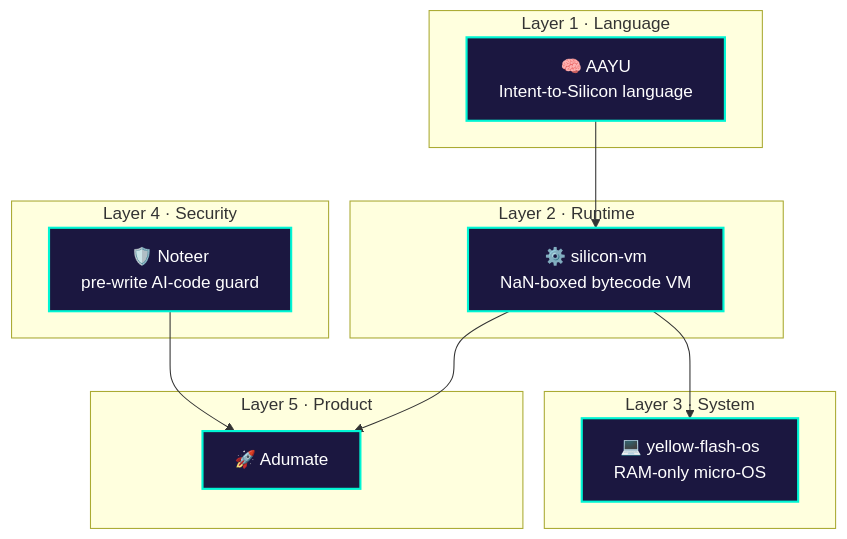
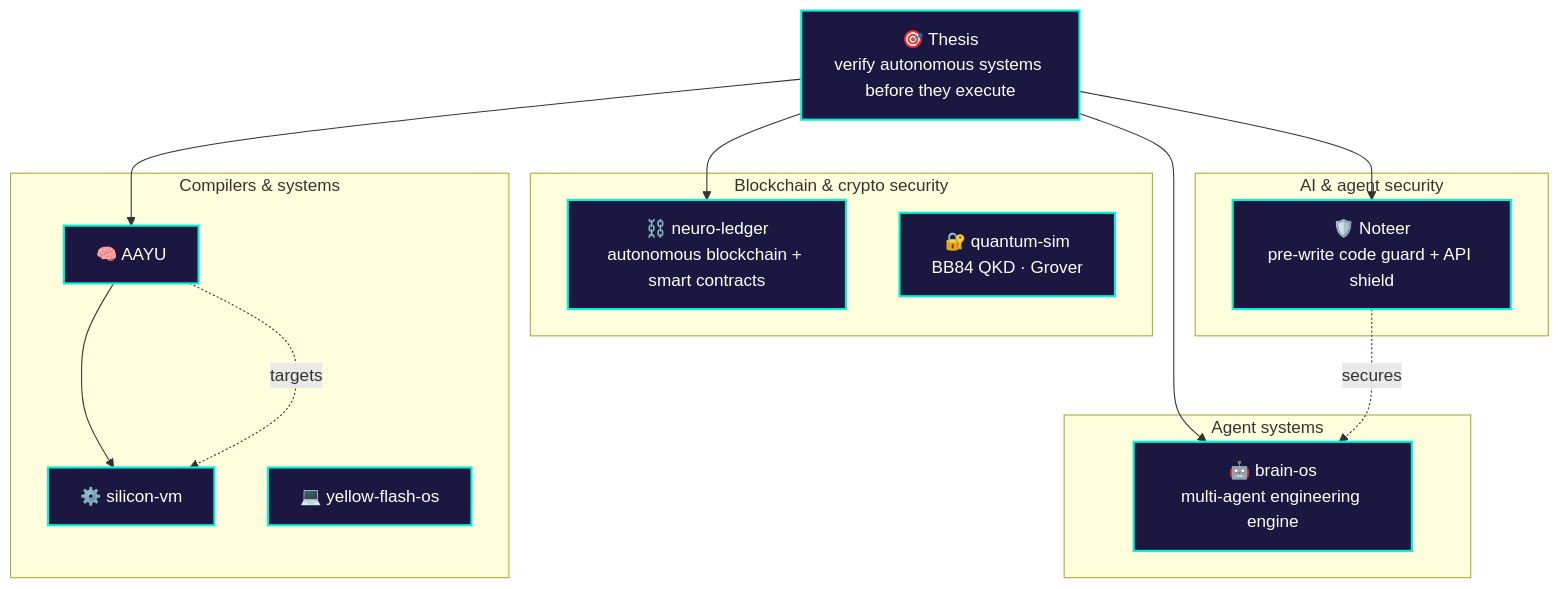
One commit to Ghrit-igl/Ghrit-igl changed the first of 4 diagrams in README.md. Above: the diagram before and after it, drawn with Mermaid. The commit also changed other lines of this file, not shown here.

````diff
--- a/README.md
+++ b/README.md
@@ -48,24 +42,29 @@
 ```mermaid
 flowchart TB
-    subgraph L1["Layer 1 · Language"]
-        A["🧠 AAYU<br/>Intent-to-Silicon language"]
+    T["🎯 Thesis<br/>verify autonomous systems before they execute"]
+
+    subgraph AI["AI & agent security"]
+        N["🛡️ Noteer<br/>pre-write code guard + API shield"]
     end
-    subgraph L2["Layer 2 · Runtime"]
-        B["⚙️ silicon-vm<br/>NaN-boxed bytecode VM"]
+    subgraph BC["Blockchain & crypto security"]
+        L["⛓️ neuro-ledger<br/>autonomous blockchain + smart contracts"]
+        Q["🔐 quantum-sim<br/>BB84 QKD · Grover"]
     end
-    subgraph L3["Layer 3 · System"]
-        C["💻 yellow-flash-os<br/>RAM-only micro-OS"]
+    subgraph SYS["Compilers & systems"]
+        A["🧠 AAYU"] --> V["⚙️ silicon-vm"]
+        OS["💻 yellow-flash-os"]
     end
-    subgraph L4["Layer 4 · Security"]
-        D["🛡️ Noteer<br/>pre-write AI-code guard"]
+    subgraph AG["Agent systems"]
+        B["🤖 brain-os<br/>multi-agent engineering engine"]
     end
-    subgraph L5["Layer 5 · Product"]
-        E["🚀 Adumate"]
-    end
-    A --> B --> C
-    B --> E
-    D --> E
+
+    T --> N
+    T --> L
+    T --> A
+    T --> B
+    N -.secures.-> B
+    A -.targets.-> V
 
     classDef n fill:#1b1740,stroke:#00f5d4,color:#fff,stroke-width:2px;
-    class A,B,C,D,E n;
+    class T,N,L,Q,A,V,OS,B n;
 ```
````
